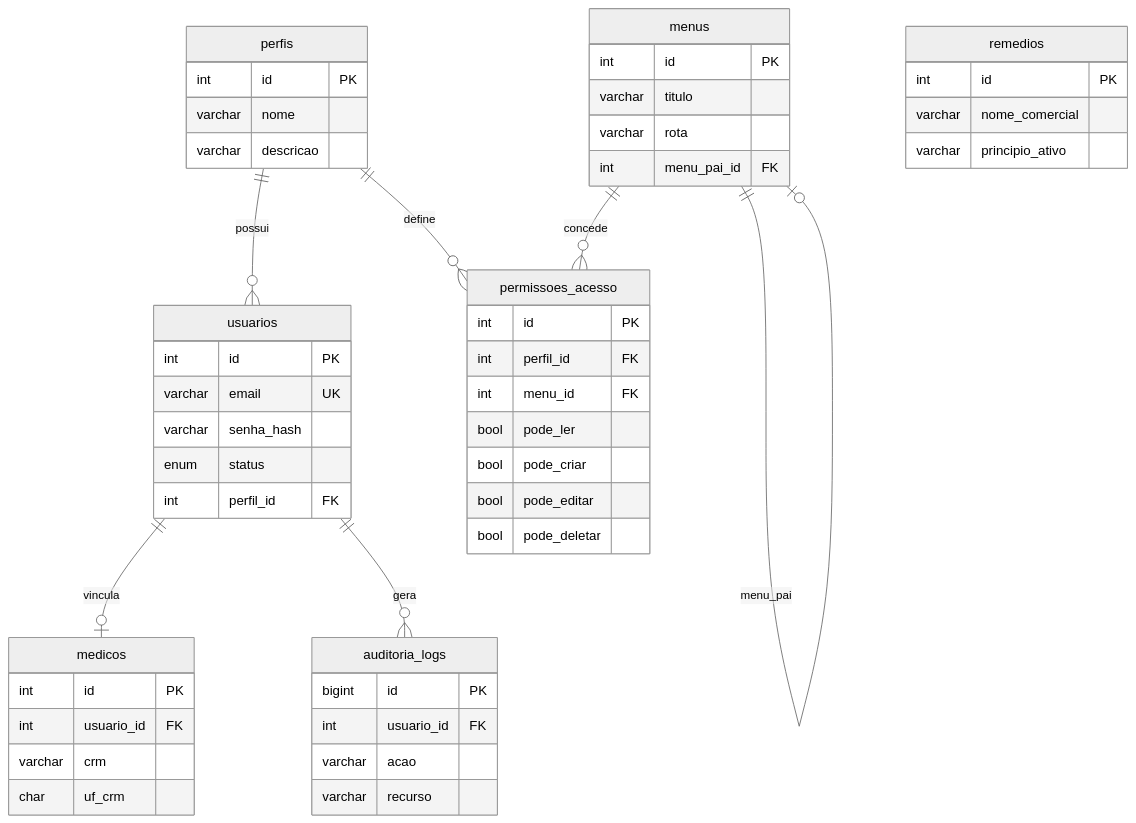
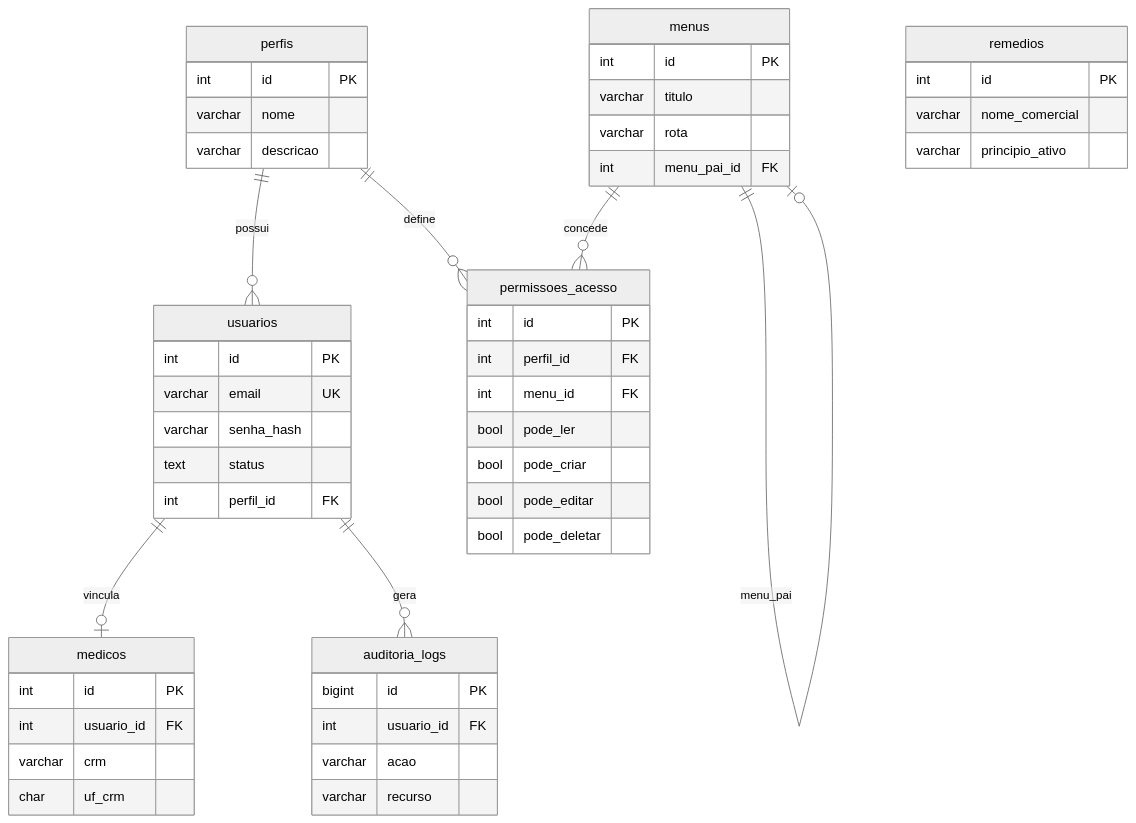
Before and after one commit to geninho33/vitalink: the diagram in docs/Banco_de_Dados.md, drawn with Mermaid (neutral theme). The commit also changed other lines of this file and 30 other files, not shown here.

````diff
--- a/docs/Banco_de_Dados.md
+++ b/docs/Banco_de_Dados.md
@@ -23,54 +25,54 @@
 ```mermaid
 erDiagram
   perfis ||--o{ usuarios : possui
   perfis ||--o{ permissoes_acesso : define
   menus ||--o{ permissoes_acesso : concede
   menus ||--o| menus : menu_pai
   usuarios ||--o| medicos : vincula
   usuarios ||--o{ auditoria_logs : gera
 
   perfis {
     int id PK
     varchar nome
     varchar descricao
   }
   menus {
     int id PK
     varchar titulo
     varchar rota
     int menu_pai_id FK
   }
   usuarios {
     int id PK
     varchar email UK
     varchar senha_hash
-    enum status
+    text status
     int perfil_id FK
   }
   permissoes_acesso {
     int id PK
     int perfil_id FK
     int menu_id FK
     bool pode_ler
     bool pode_criar
     bool pode_editar
     bool pode_deletar
   }
   medicos {
     int id PK
     int usuario_id FK
     varchar crm
     char uf_crm
   }
   remedios {
     int id PK
     varchar nome_comercial
     varchar principio_ativo
   }
   auditoria_logs {
     bigint id PK
     int usuario_id FK
     varchar acao
     varchar recurso
   }
 ```
````
